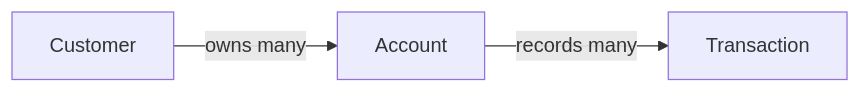
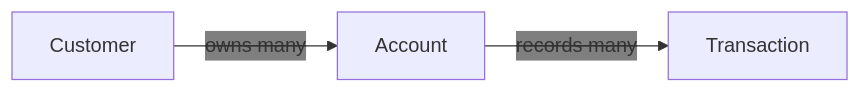
The diagram in README.md (RootMoataz/Banking-App), drawn with Mermaid before and after one commit.

Commit message:
Adjust architecture diagram labels

````diff
--- a/README.md
+++ b/README.md
@@ -200,5 +200,6 @@
 ```mermaid
+%%{init: {"themeVariables": {"edgeLabelBackground": "transparent"}}}%%
 flowchart LR
     C[Customer] -->|owns many| A[Account]
     A -->|records many| T[Transaction]
 ```
````
